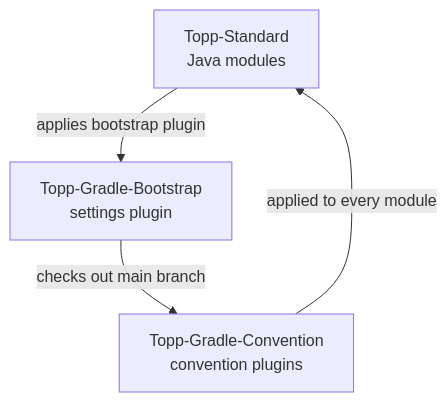
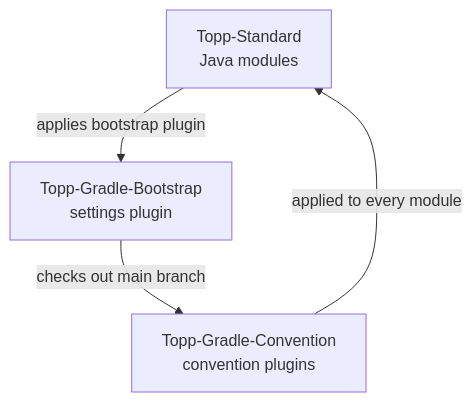
Before and after one commit to sabroe/Topp-Standard: the diagram in README.md, drawn with Mermaid.

Commit message:
Widened readme diagram.

````diff
--- a/README.md
+++ b/README.md
@@ -120,6 +120,7 @@
 ```mermaid
+%%{init: {"flowchart": {"nodeSpacing": 100}}}%%
 flowchart TB
     S["Topp-Standard<br/>Java modules"] -->|applies bootstrap plugin| B["Topp-Gradle-Bootstrap<br/>settings plugin"]
     B -->|checks out main branch| C["Topp-Gradle-Convention<br/>convention plugins"]
     C -->|applied to every module| S
 ```
````
